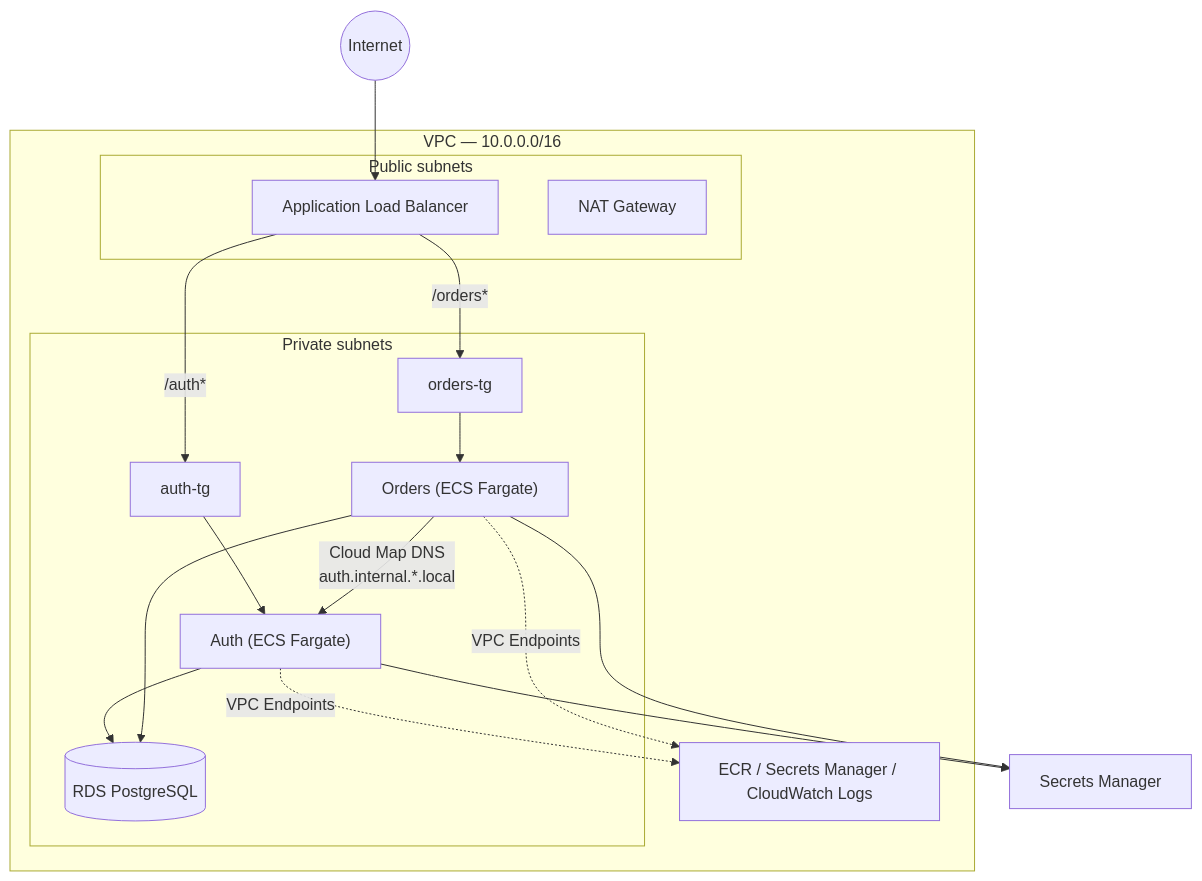
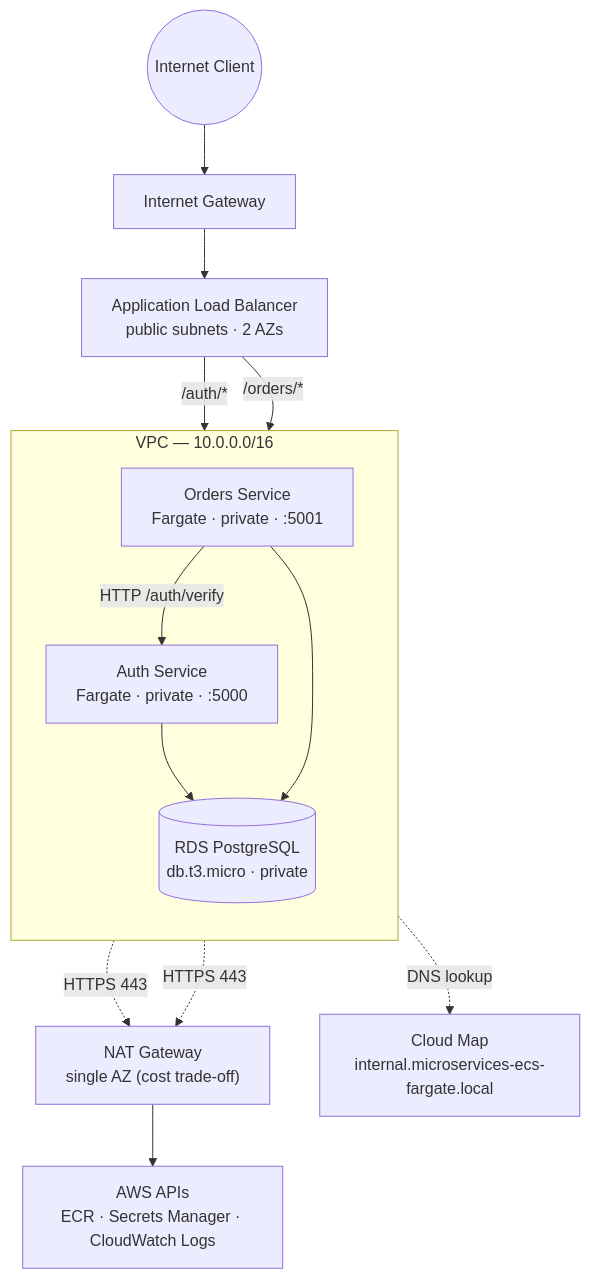
Before and after one commit to mimii020/microservices-ecs-fargate: the diagram in README.md, drawn with Mermaid. The commit also changed other lines of this file, not shown here.

````diff
--- a/README.md
+++ b/README.md
@@ -10,27 +10,28 @@
 ```mermaid
 flowchart TB
-    Internet((Internet)) --> ALB[Application Load Balancer]
-    ALB -->|"/auth*"| AuthTG[auth-tg]
-    ALB -->|"/orders*"| OrdersTG[orders-tg]
+    Client((Internet Client))
+    IGW[Internet Gateway]
+    ALB["Application Load Balancer<br/>public subnets · 2 AZs"]
+    NAT["NAT Gateway<br/>single AZ (cost trade-off)"]
 
     subgraph VPC["VPC — 10.0.0.0/16"]
-        subgraph Public["Public subnets"]
-            ALB
-            NAT[NAT Gateway]
-        end
-
-        subgraph Private["Private subnets"]
-            AuthTG --> AuthTask["Auth (ECS Fargate)"]
-            OrdersTG --> OrdersTask["Orders (ECS Fargate)"]
-            OrdersTask -->|"Cloud Map DNS\nauth.internal.*.local"| AuthTask
-            AuthTask --> RDS[(RDS PostgreSQL)]
-            OrdersTask --> RDS
-        end
-
-        AuthTask -.->|VPC Endpoints| AWSAPIs["ECR / Secrets Manager / CloudWatch Logs"]
-        OrdersTask -.->|VPC Endpoints| AWSAPIs
+        direction TB
+        AuthTask["Auth Service<br/>Fargate · private · :5000"]
+        OrdersTask["Orders Service<br/>Fargate · private · :5001"]
+        RDS[("RDS PostgreSQL<br/>db.t3.micro · private")]
     end
 
-    AuthTask --> SM[Secrets Manager]
-    OrdersTask --> SM
+    CM["Cloud Map<br/>internal.microservices-ecs-fargate.local"]
+    AWS["AWS APIs<br/>ECR · Secrets Manager · CloudWatch Logs"]
+
+    Client --> IGW --> ALB
+    ALB -->|"/auth/*"| AuthTask
+    ALB -->|"/orders/*"| OrdersTask
+    OrdersTask -.->|"DNS lookup"| CM
+    OrdersTask -->|"HTTP /auth/verify"| AuthTask
+    AuthTask --> RDS
+    OrdersTask --> RDS
+    AuthTask -.->|"HTTPS 443"| NAT
+    OrdersTask -.->|"HTTPS 443"| NAT
+    NAT --> AWS
 ```
````
